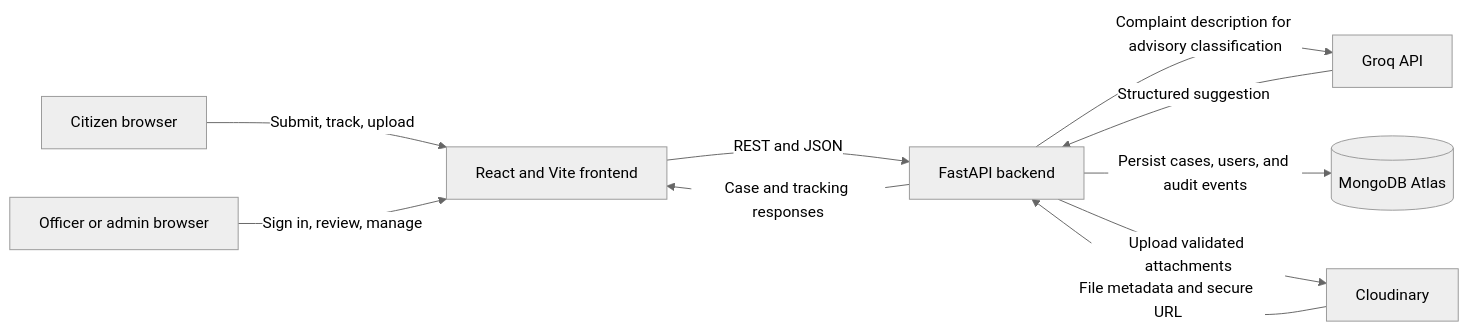
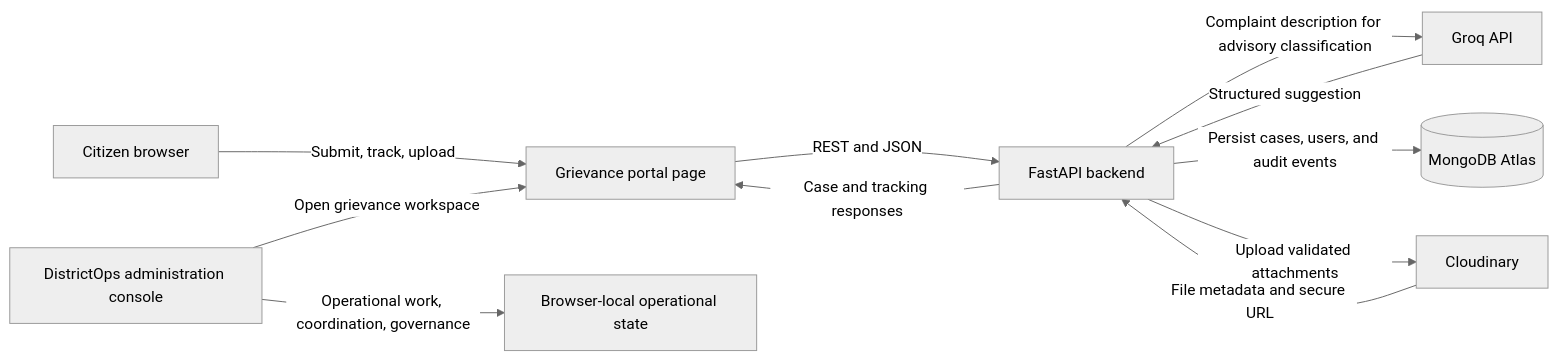
The first of 2 diagrams in README.md (deepak-05dktopG/ai-grievance-management-system), drawn with Mermaid (neutral theme) before and after one commit. The commit also changed other lines of this file, not shown here.

````diff
--- a/README.md
+++ b/README.md
@@ -61,20 +74,22 @@
 ```mermaid
 flowchart LR
     Citizen[Citizen browser]
-    Staff[Officer or admin browser]
-    Frontend[React and Vite frontend]
+    Administration[DistrictOps administration console]
+    Grievance[Grievance portal page]
+    LocalState[Browser-local operational state]
     API[FastAPI backend]
     Groq[Groq API]
     Mongo[(MongoDB Atlas)]
     Cloudinary[Cloudinary]
 
-    Citizen -->|Submit, track, upload| Frontend
-    Staff -->|Sign in, review, manage| Frontend
-    Frontend -->|REST and JSON| API
+    Citizen -->|Submit, track, upload| Grievance
+    Administration -->|Operational work, coordination, governance| LocalState
+    Administration -->|Open grievance workspace| Grievance
+    Grievance -->|REST and JSON| API
     API -->|Complaint description for advisory classification| Groq
     Groq -->|Structured suggestion| API
     API -->|Persist cases, users, and audit events| Mongo
     API -->|Upload validated attachments| Cloudinary
     Cloudinary -->|File metadata and secure URL| API
-    API -->|Case and tracking responses| Frontend
+    API -->|Case and tracking responses| Grievance
 ```
````
